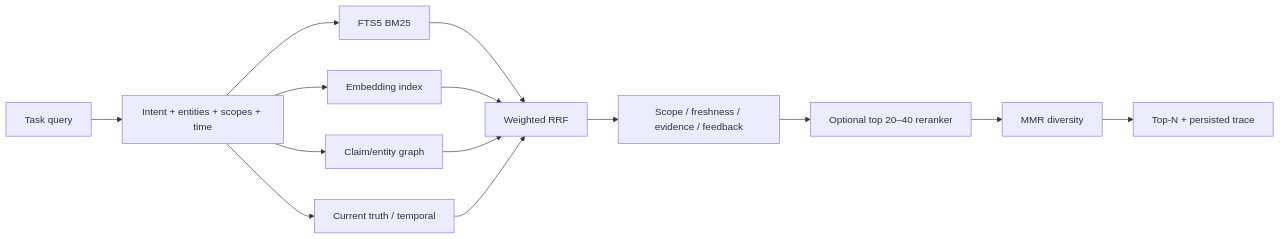
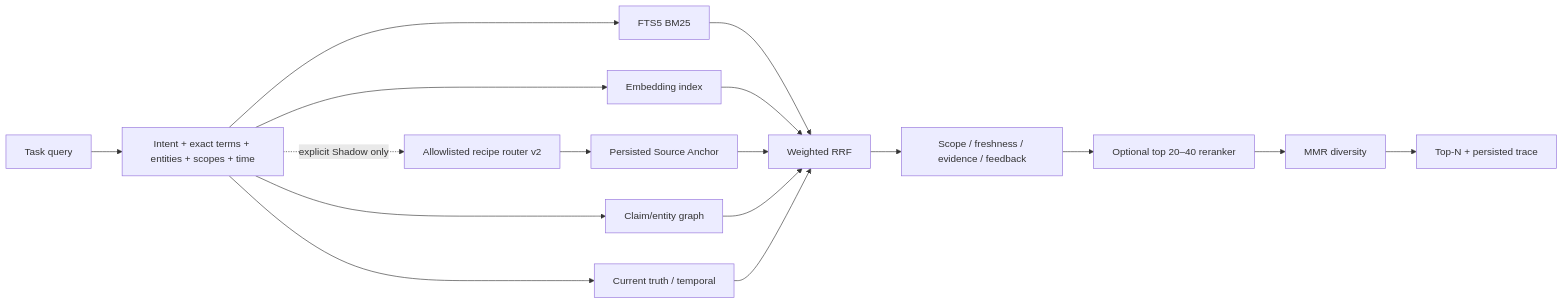
The second of 2 diagrams in ARCHITECTURE.md (tianhao8687/MemoryOS), drawn with Mermaid before and after one commit. The commit also changed other lines of this file and 27 other files, not shown here.

````diff
--- a/ARCHITECTURE.md
+++ b/ARCHITECTURE.md
@@ -75,16 +75,19 @@
 ```mermaid
 flowchart LR
-    Q["Task query"] --> Planner["Intent + entities + scopes + time"]
+    Q["Task query"] --> Planner["Intent + exact terms + entities + scopes + time"]
+    Planner -. "explicit Shadow only" .-> Router["Allowlisted recipe router v2"]
     Planner --> FTS["FTS5 BM25"]
     Planner --> Vec["Embedding index"]
+    Router --> Anchor["Persisted Source Anchor"]
     Planner --> Graph["Claim/entity graph"]
     Planner --> Temporal["Current truth / temporal"]
     FTS --> RRF["Weighted RRF"]
     Vec --> RRF
+    Anchor --> RRF
     Graph --> RRF
     Temporal --> RRF
     RRF --> Filter["Scope / freshness / evidence / feedback"]
     Filter --> Rerank["Optional top 20–40 reranker"]
     Rerank --> MMR["MMR diversity"]
     MMR --> Trace["Top-N + persisted trace"]
 ```
````
